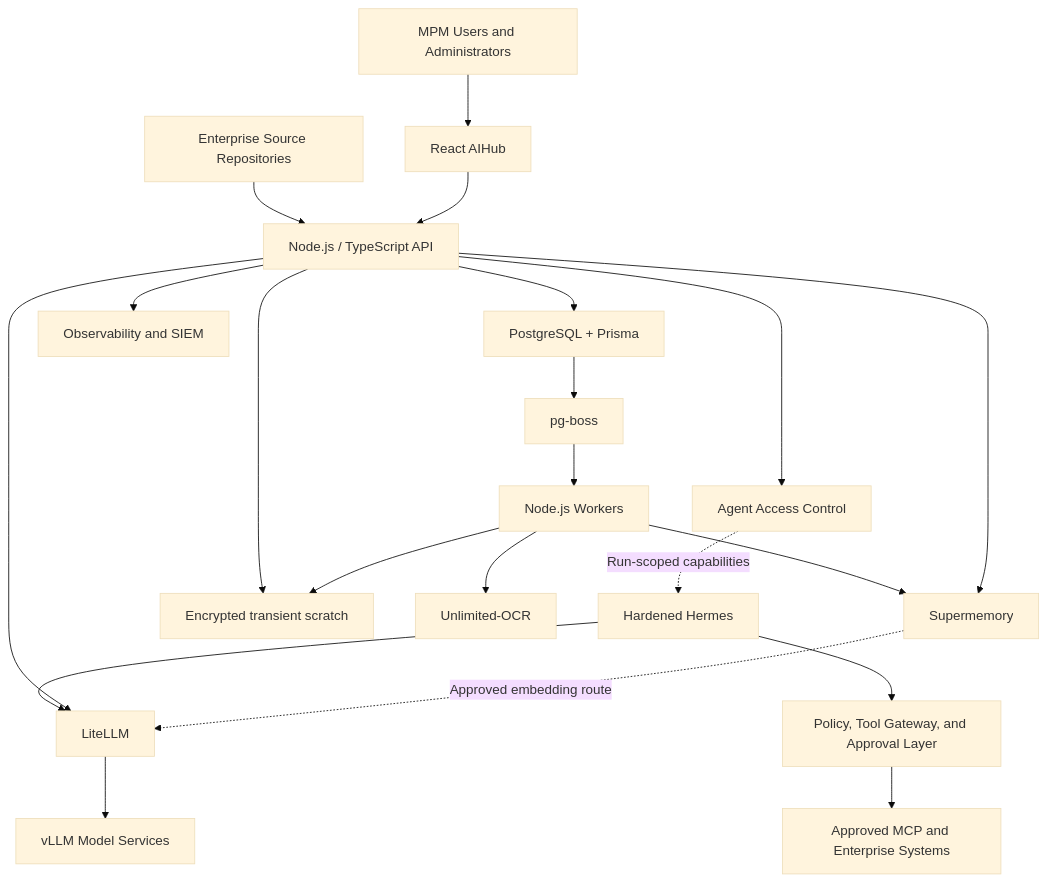
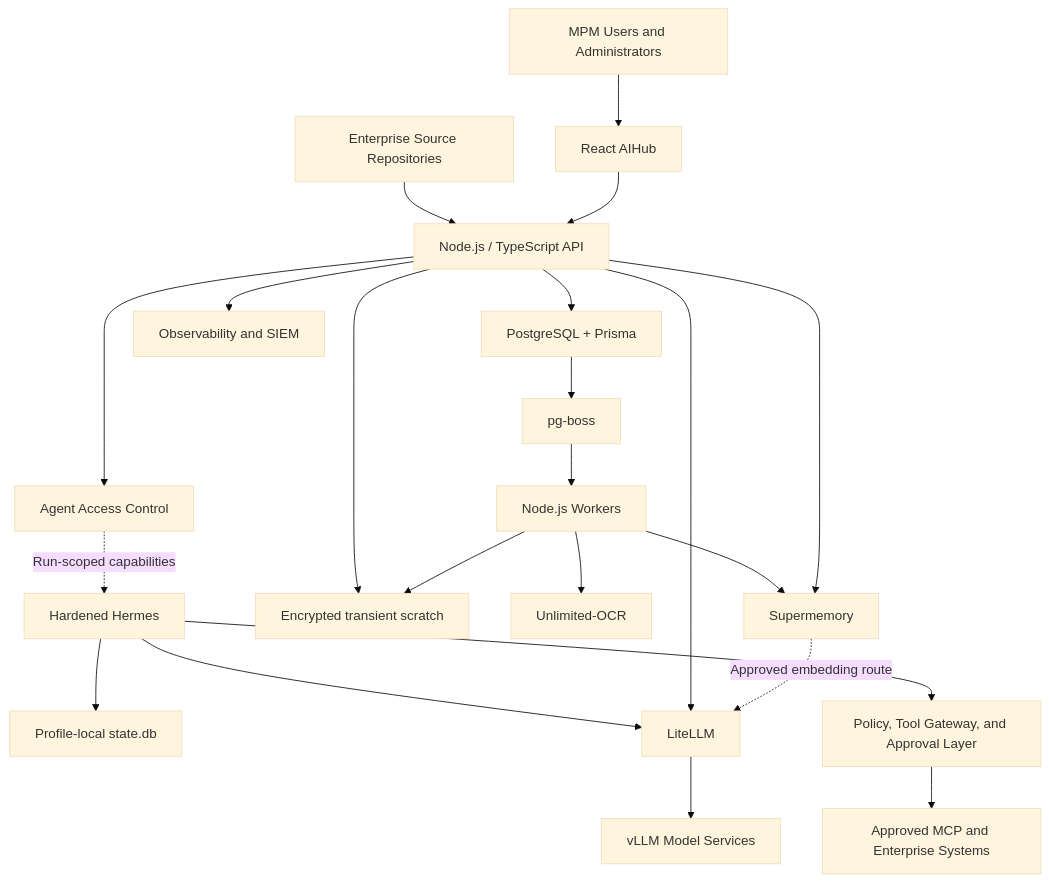
Before and after one commit to multichainerz/AI: the diagram in docs/AIHUB_PRD.md, drawn with Mermaid (base theme). The commit also changed other lines of this file and 88 other files, not shown here.

````diff
--- a/docs/AIHUB_PRD.md
+++ b/docs/AIHUB_PRD.md
@@ -420,28 +437,29 @@
 ```mermaid
 flowchart TB
     U["MPM Users and Administrators"] --> W["React AIHub"]
     E["Enterprise Source Repositories"] --> A
     W --> A["Node.js / TypeScript API"]
 
     A --> P["PostgreSQL + Prisma"]
     P --> Q["pg-boss"]
     Q --> WK["Node.js Workers"]
 
     A --> C["Agent Access Control"]
     C -. "Run-scoped capabilities" .-> H["Hardened Hermes"]
+    H --> HS["Profile-local state.db"]
     H --> G["Policy, Tool Gateway, and Approval Layer"]
     G --> MCP["Approved MCP and Enterprise Systems"]
 
     H --> L["LiteLLM"]
     A --> L
     L --> V["vLLM Model Services"]
 
     A --> T["Encrypted transient scratch"]
     WK --> T
     WK --> O["Unlimited-OCR"]
     WK --> M["Supermemory"]
     A --> M
     M -. "Approved embedding route" .-> L
 
     A --> OBS["Observability and SIEM"]
 ```
````
